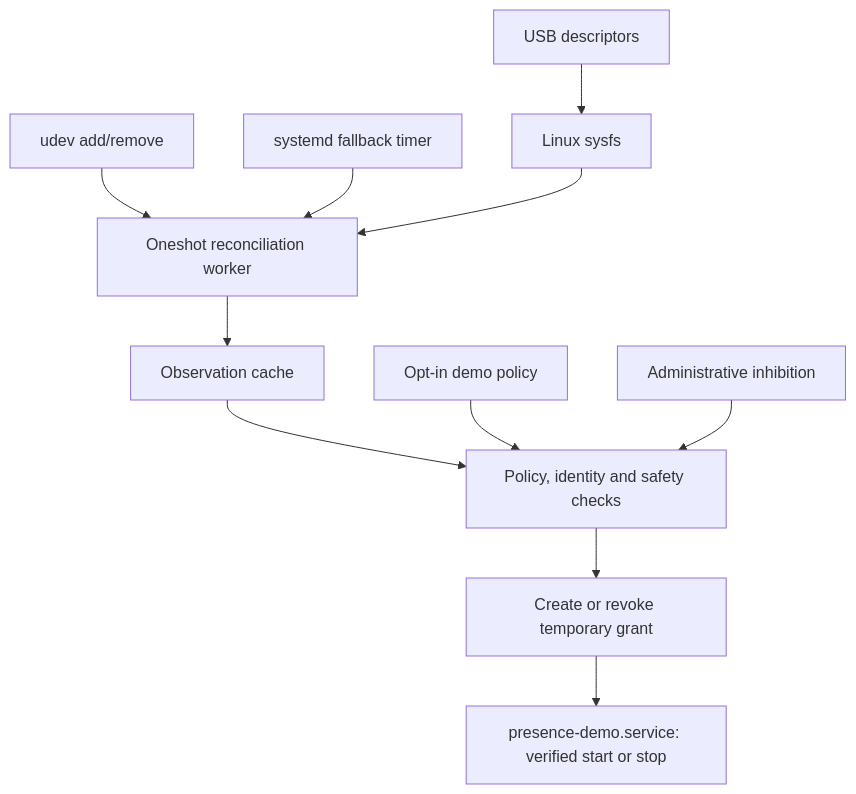
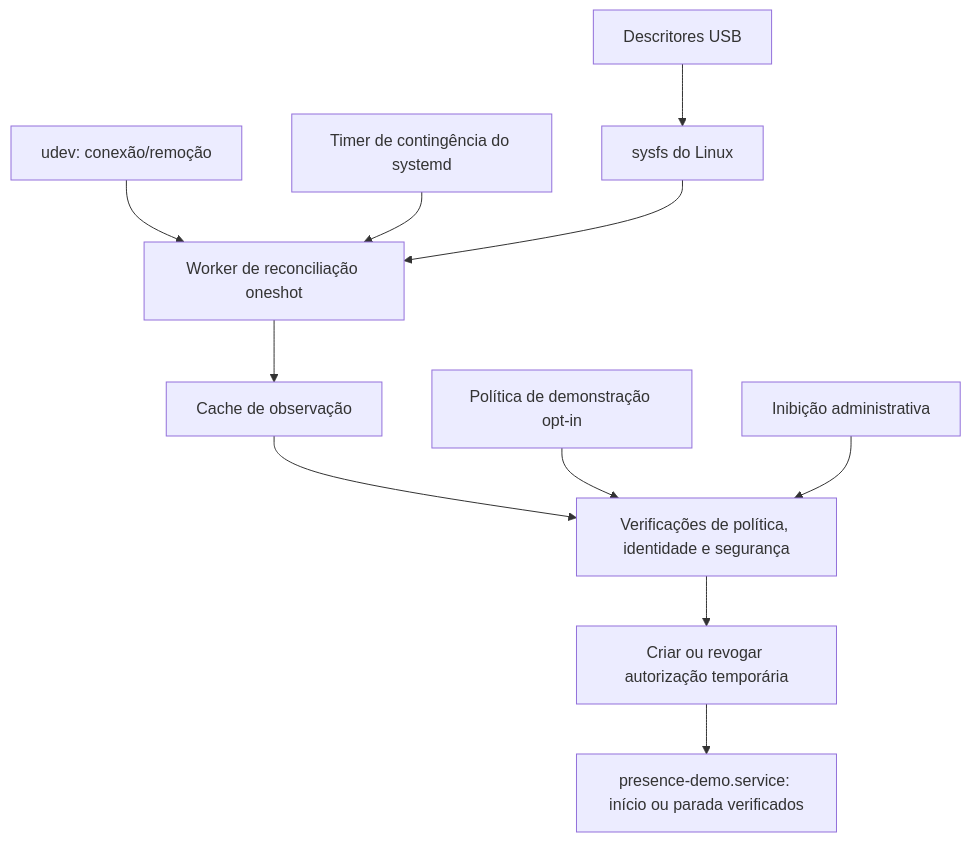
Before and after one commit to kayo-willian/usb-presence-gate: the diagram in pt-BR/README.md, drawn with Mermaid. The commit also changed other lines of this file and 27 other files, not shown here.

````diff
--- a/pt-BR/README.md
+++ b/pt-BR/README.md
@@ -36,13 +36,13 @@
 ```mermaid
 flowchart TD
-    USB["USB descriptors"] --> SYSFS["Linux sysfs"]
-    UDEV["udev add/remove"] --> WORKER["Oneshot reconciliation worker"]
-    TIMER["systemd fallback timer"] --> WORKER
+    USB["Descritores USB"] --> SYSFS["sysfs do Linux"]
+    UDEV["udev: conexão/remoção"] --> WORKER["Worker de reconciliação oneshot"]
+    TIMER["Timer de contingência do systemd"] --> WORKER
     SYSFS --> WORKER
-    WORKER --> STATE["Observation cache"]
-    STATE --> CHECK["Policy, identity and safety checks"]
-    POLICY["Opt-in demo policy"] --> CHECK
-    INHIBIT["Administrative inhibition"] --> CHECK
-    CHECK --> GRANT["Create or revoke temporary grant"]
-    GRANT --> DEMO["presence-demo.service: verified start or stop"]
+    WORKER --> STATE["Cache de observação"]
+    STATE --> CHECK["Verificações de política, identidade e segurança"]
+    POLICY["Política de demonstração opt-in"] --> CHECK
+    INHIBIT["Inibição administrativa"] --> CHECK
+    CHECK --> GRANT["Criar ou revogar autorização temporária"]
+    GRANT --> DEMO["presence-demo.service: início ou parada verificados"]
 ```
````
